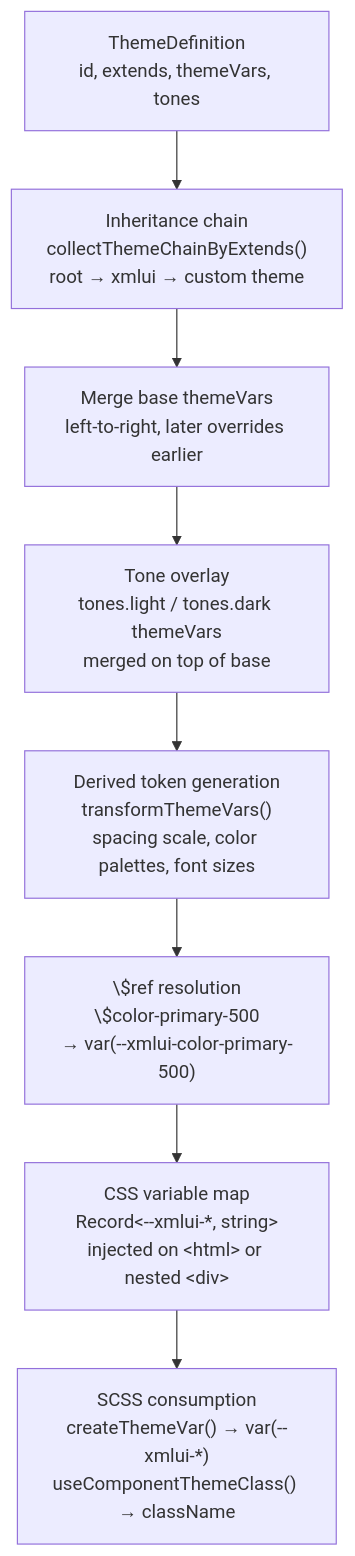
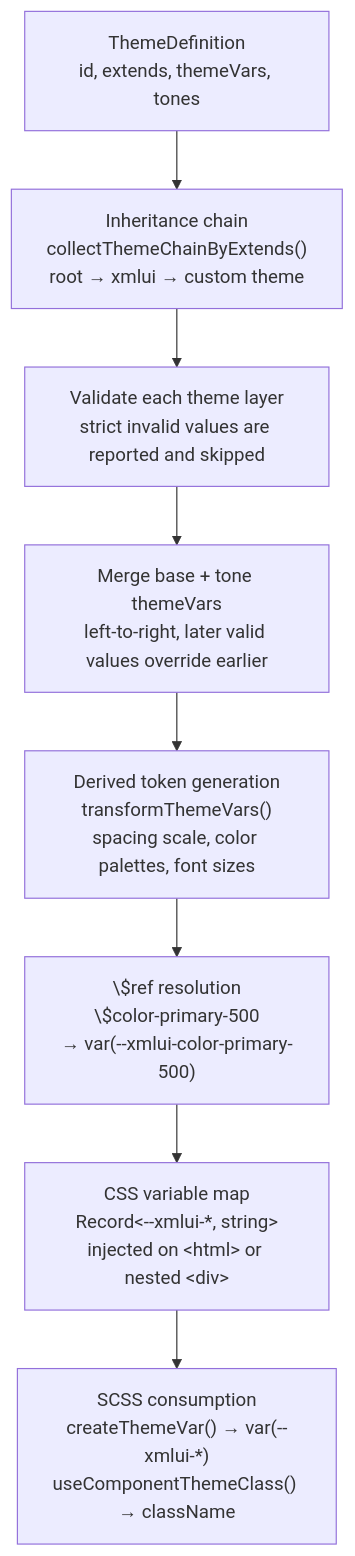
Before and after one commit to xmlui-org/xmlui: the diagram in xmlui/dev-docs/guide/07-theming-styling.md, drawn with Mermaid. The commit also changed other lines of this file and 18 other files, not shown here.

````diff
--- a/xmlui/dev-docs/guide/07-theming-styling.md
+++ b/xmlui/dev-docs/guide/07-theming-styling.md
@@ -7,13 +7,13 @@
 ```mermaid
 graph TD
   TD1["ThemeDefinition<br>id, extends, themeVars, tones"]
   TD2["Inheritance chain<br>collectThemeChainByExtends()<br>root → xmlui → custom theme"]
-  TD3["Merge base themeVars<br>left-to-right, later overrides earlier"]
-  TD4["Tone overlay<br>tones.light / tones.dark themeVars<br>merged on top of base"]
+  TD3["Validate each theme layer<br>strict invalid values are reported and skipped"]
+  TD4["Merge base + tone themeVars<br>left-to-right, later valid values override earlier"]
   TD5["Derived token generation<br>transformThemeVars()<br>spacing scale, color palettes, font sizes"]
   TD6["\$ref resolution<br>\$color-primary-500<br>→ var(--xmlui-color-primary-500)"]
   TD7["CSS variable map<br>Record&lt;--xmlui-*, string&gt;<br>injected on &lt;html&gt; or nested &lt;div&gt;"]
   TD8["SCSS consumption<br>createThemeVar() → var(--xmlui-*)<br>useComponentThemeClass() → className"]
 
   TD1 --> TD2 --> TD3 --> TD4 --> TD5 --> TD6 --> TD7 --> TD8
 ```
````
